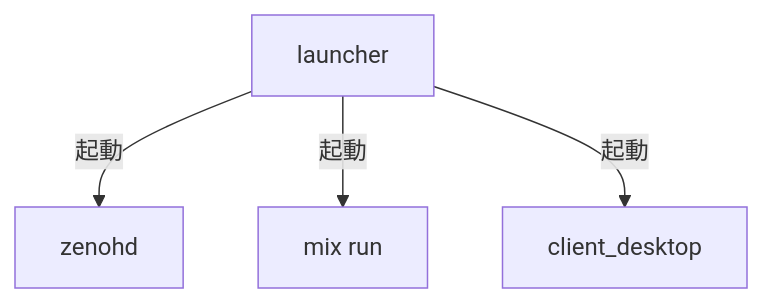
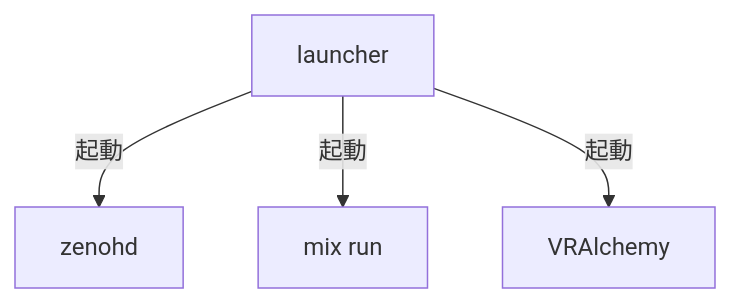
The first of 2 diagrams in docs/architecture/rust/launcher.md (FRICK-ELDY/alchemy-engine), drawn with Mermaid before and after one commit. The commit also changed other lines of this file and 11 other files, not shown here.

````diff
--- a/docs/architecture/rust/launcher.md
+++ b/docs/architecture/rust/launcher.md
@@ -14,7 +14,7 @@
 ```mermaid
 graph TB
     LAUNCHER[launcher]
     LAUNCHER -->|起動| ZENOHD[zenohd]
     LAUNCHER -->|起動| MIX[mix run]
-    LAUNCHER -->|起動| DCLIENT[client_desktop]
+    LAUNCHER -->|起動| APP[VRAlchemy]
 ```
````
